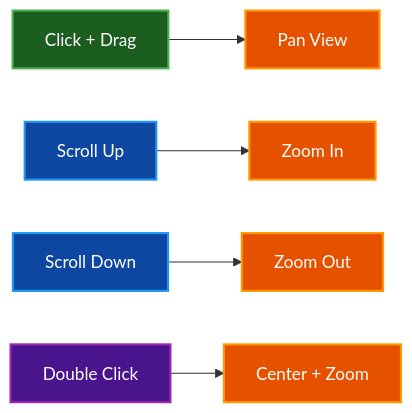
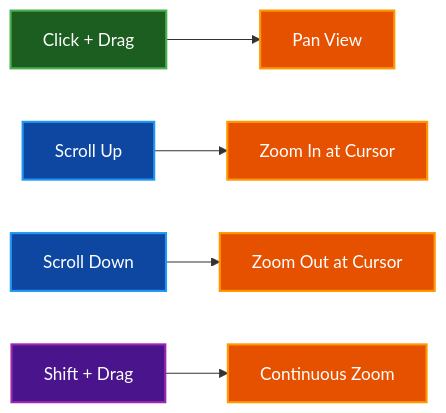
Before and after one commit to paulrobello/par-fractal: the first of 2 diagrams in docs/CONTROLS.md, drawn with Mermaid. The commit also changed other lines of this file and 7 other files, not shown here.

````diff
--- a/docs/CONTROLS.md
+++ b/docs/CONTROLS.md
@@ -449,16 +447,16 @@
 ```mermaid
 graph LR
     Drag[Click + Drag] --> Pan[Pan View]
-    ScrollUp[Scroll Up] --> ZoomIn[Zoom In]
-    ScrollDown[Scroll Down] --> ZoomOut[Zoom Out]
-    DblClick[Double Click] --> CenterZoom[Center + Zoom]
+    ScrollUp[Scroll Up] --> ZoomIn[Zoom In at Cursor]
+    ScrollDown[Scroll Down] --> ZoomOut[Zoom Out at Cursor]
+    ShiftDrag[Shift + Drag] --> ContZoom[Continuous Zoom]
 
     style Drag fill:#1b5e20,stroke:#4caf50,stroke-width:2px,color:#ffffff
     style ScrollUp fill:#0d47a1,stroke:#2196f3,stroke-width:2px,color:#ffffff
     style ScrollDown fill:#0d47a1,stroke:#2196f3,stroke-width:2px,color:#ffffff
-    style DblClick fill:#4a148c,stroke:#9c27b0,stroke-width:2px,color:#ffffff
+    style ShiftDrag fill:#4a148c,stroke:#9c27b0,stroke-width:2px,color:#ffffff
     style Pan fill:#e65100,stroke:#ff9800,stroke-width:2px,color:#ffffff
     style ZoomIn fill:#e65100,stroke:#ff9800,stroke-width:2px,color:#ffffff
     style ZoomOut fill:#e65100,stroke:#ff9800,stroke-width:2px,color:#ffffff
-    style CenterZoom fill:#e65100,stroke:#ff9800,stroke-width:2px,color:#ffffff
+    style ContZoom fill:#e65100,stroke:#ff9800,stroke-width:2px,color:#ffffff
 ```
````
